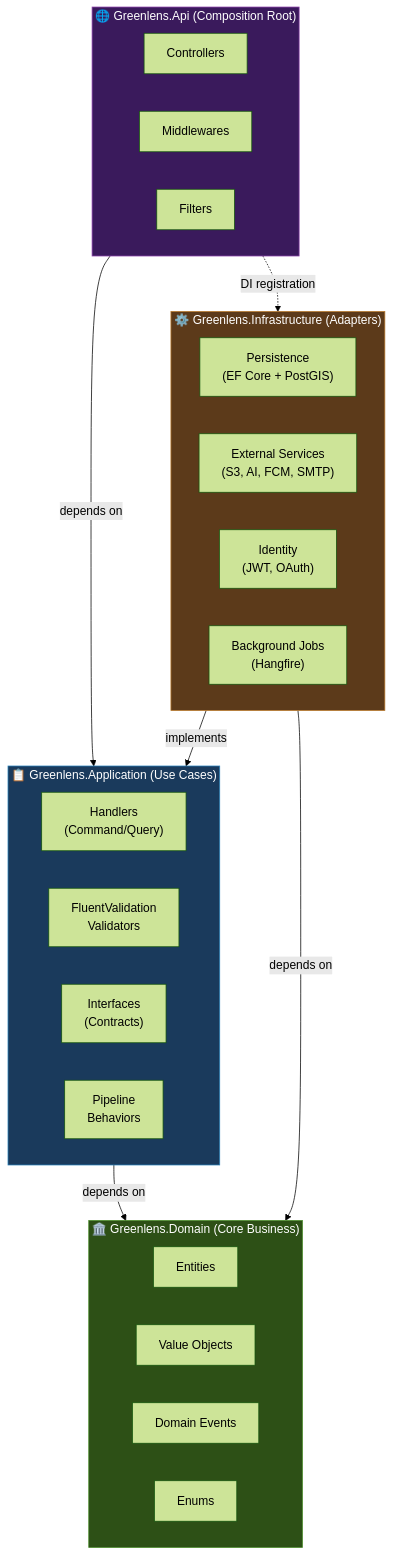
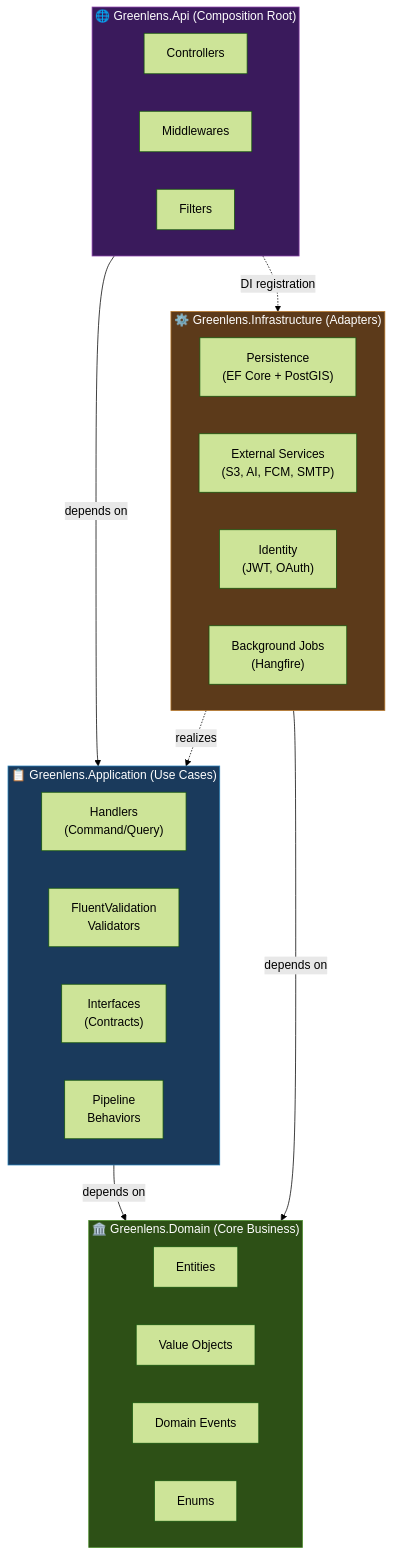
One commit to Capstonne-Project/greenlens-service changed diagram 41 of 44 in docs/BusinessRule/CLASS_DIAGRAMS.md. Above: the diagram before and after it, drawn with Mermaid (forest theme). The commit also changed other lines of this file, not shown here.

Commit message:
chore(docs): uml relation notation

````diff
--- a/docs/BusinessRule/CLASS_DIAGRAMS.md
+++ b/docs/BusinessRule/CLASS_DIAGRAMS.md
@@ -3704,44 +3752,44 @@
 ```mermaid
 flowchart TB
     subgraph API ["🌐 Greenlens.Api (Composition Root)"]
         direction LR
         Controllers
         Middlewares
         Filters
     end
 
     subgraph APP ["📋 Greenlens.Application (Use Cases)"]
         direction LR
         Handlers["Handlers\n(Command/Query)"]
         Validators["FluentValidation\nValidators"]
         Interfaces["Interfaces\n(Contracts)"]
         Behaviors["Pipeline\nBehaviors"]
     end
 
     subgraph DOM ["🏛️ Greenlens.Domain (Core Business)"]
         direction LR
         Entities
         ValueObjects["Value Objects"]
         DomainEvents["Domain Events"]
         Enums
     end
 
     subgraph INFRA ["⚙️ Greenlens.Infrastructure (Adapters)"]
         direction LR
         Persistence["Persistence\n(EF Core + PostGIS)"]
         ExternalSvc["External Services\n(S3, AI, FCM, SMTP)"]
         Identity["Identity\n(JWT, OAuth)"]
         BackgroundJobs["Background Jobs\n(Hangfire)"]
     end
 
     API -->|depends on| APP
     API -.->|DI registration| INFRA
     APP -->|depends on| DOM
-    INFRA -->|implements| APP
+    INFRA -.->|realizes| APP
     INFRA -->|depends on| DOM
 
     style DOM fill:#2d5016,stroke:#4a8c2a,color:#fff
     style APP fill:#1a3a5c,stroke:#2980b9,color:#fff
     style INFRA fill:#5c3a1a,stroke:#b97829,color:#fff
     style API fill:#3a1a5c,stroke:#8e44ad,color:#fff
 ```
````
